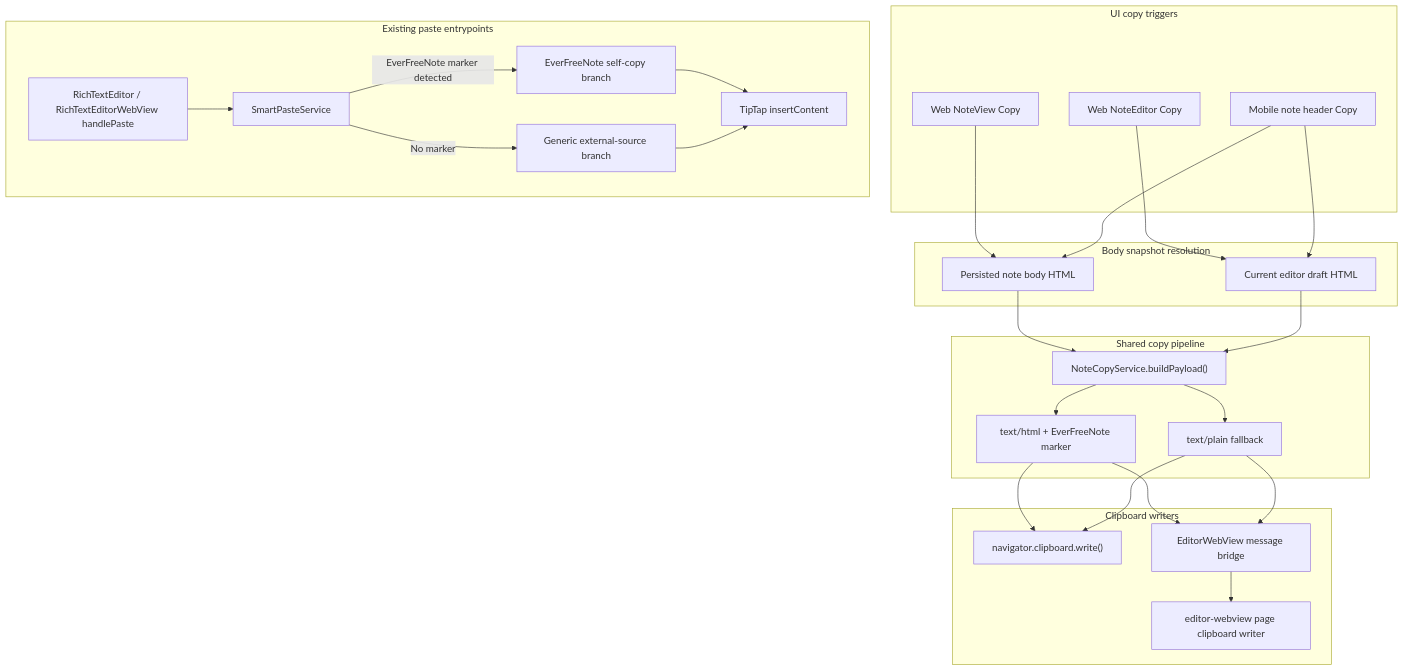
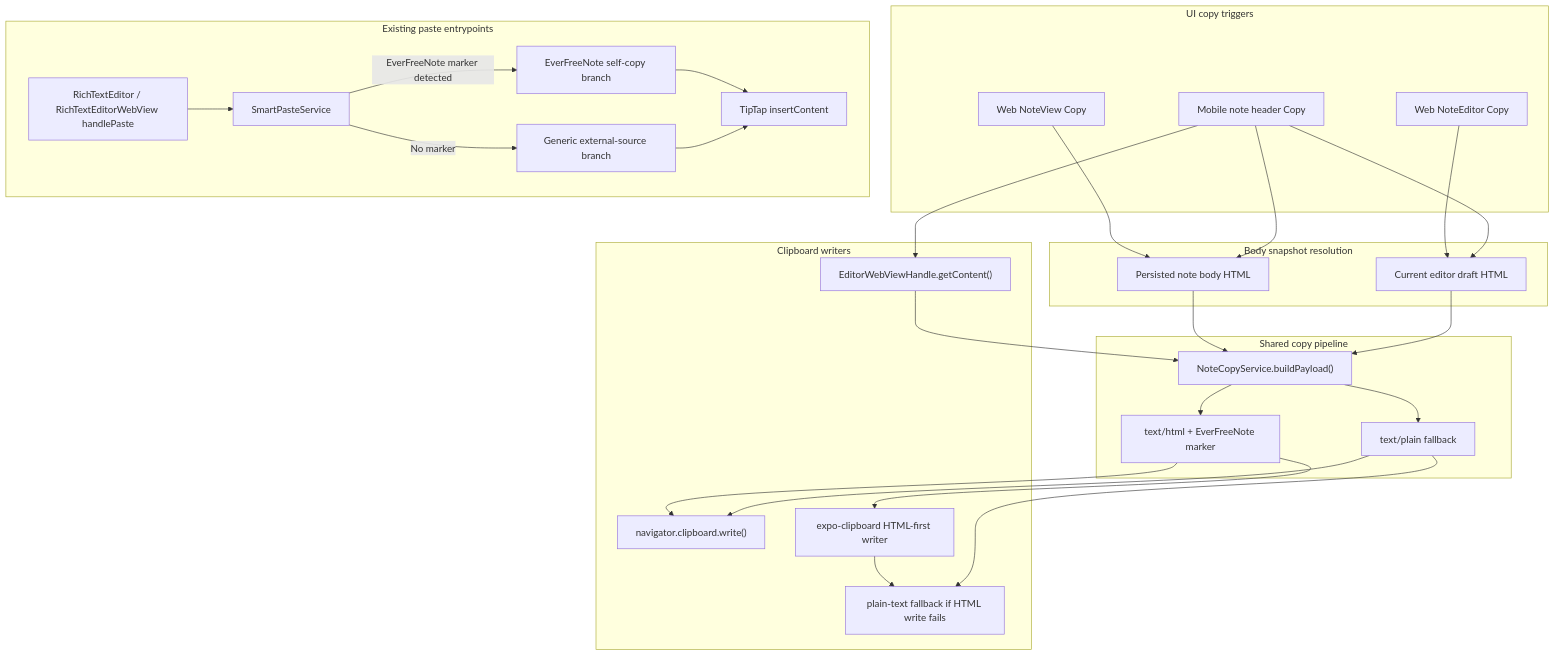
Before and after one commit to koreyba/EverFreeNote: the diagram in docs/ai/design/feature-note-copy-action.md, drawn with Mermaid. The commit also changed other lines of this file and 12 other files, not shown here.

````diff
--- a/docs/ai/design/feature-note-copy-action.md
+++ b/docs/ai/design/feature-note-copy-action.md
@@ -17,52 +17,55 @@
 ```mermaid
 flowchart TD
   subgraph CopyTriggers["UI copy triggers"]
     WVRead["Web NoteView Copy"]
     WVEdit["Web NoteEditor Copy"]
     MHeader["Mobile note header Copy"]
   end
 
   subgraph Snapshot["Body snapshot resolution"]
     ReadHtml["Persisted note body HTML"]
     EditHtml["Current editor draft HTML"]
   end
 
   subgraph CopyCore["Shared copy pipeline"]
     Builder["NoteCopyService.buildPayload()"]
     Plain["text/plain fallback"]
     Rich["text/html + EverFreeNote marker"]
   end
 
   subgraph Writers["Clipboard writers"]
     WebWriter["navigator.clipboard.write()"]
-    MobileBridge["EditorWebView message bridge"]
-    MobileWriter["editor-webview page clipboard writer"]
+    MobileSnapshot["EditorWebViewHandle.getContent()"]
+    MobileWriter["expo-clipboard HTML-first writer"]
+    MobileFallback["plain-text fallback if HTML write fails"]
   end
 
   subgraph Paste["Existing paste entrypoints"]
     WebPaste["RichTextEditor / RichTextEditorWebView handlePaste"]
     SmartPaste["SmartPasteService"]
     SelfCopy["EverFreeNote self-copy branch"]
     Generic["Generic external-source branch"]
     Insert["TipTap insertContent"]
   end
 
   WVRead --> ReadHtml
   WVEdit --> EditHtml
   MHeader --> EditHtml
   MHeader --> ReadHtml
   ReadHtml --> Builder
   EditHtml --> Builder
   Builder --> Plain
   Builder --> Rich
   Rich --> WebWriter
-  Rich --> MobileBridge
-  MobileBridge --> MobileWriter
   Plain --> WebWriter
-  Plain --> MobileBridge
+  MHeader --> MobileSnapshot
+  MobileSnapshot --> Builder
+  Rich --> MobileWriter
+  MobileWriter --> MobileFallback
+  Plain --> MobileFallback
   WebPaste --> SmartPaste
   SmartPaste -->|EverFreeNote marker detected| SelfCopy
   SmartPaste -->|No marker| Generic
   SelfCopy --> Insert
   Generic --> Insert
 ```
````
